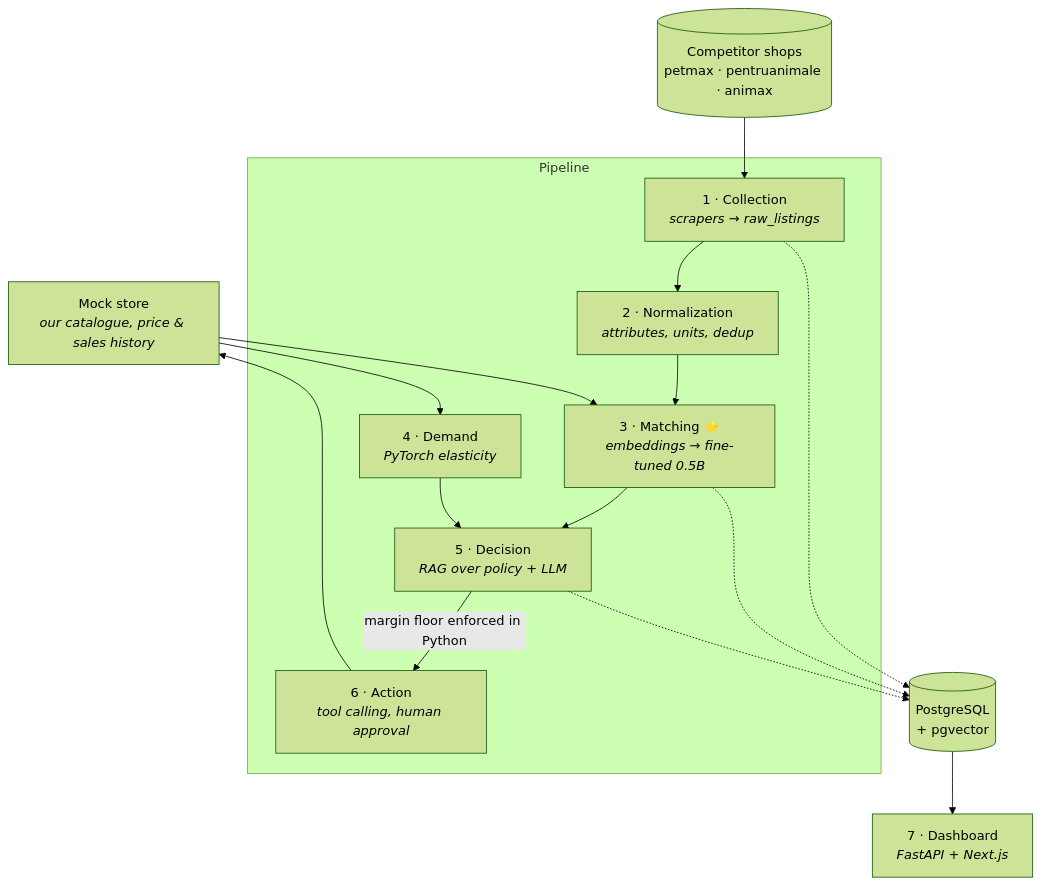
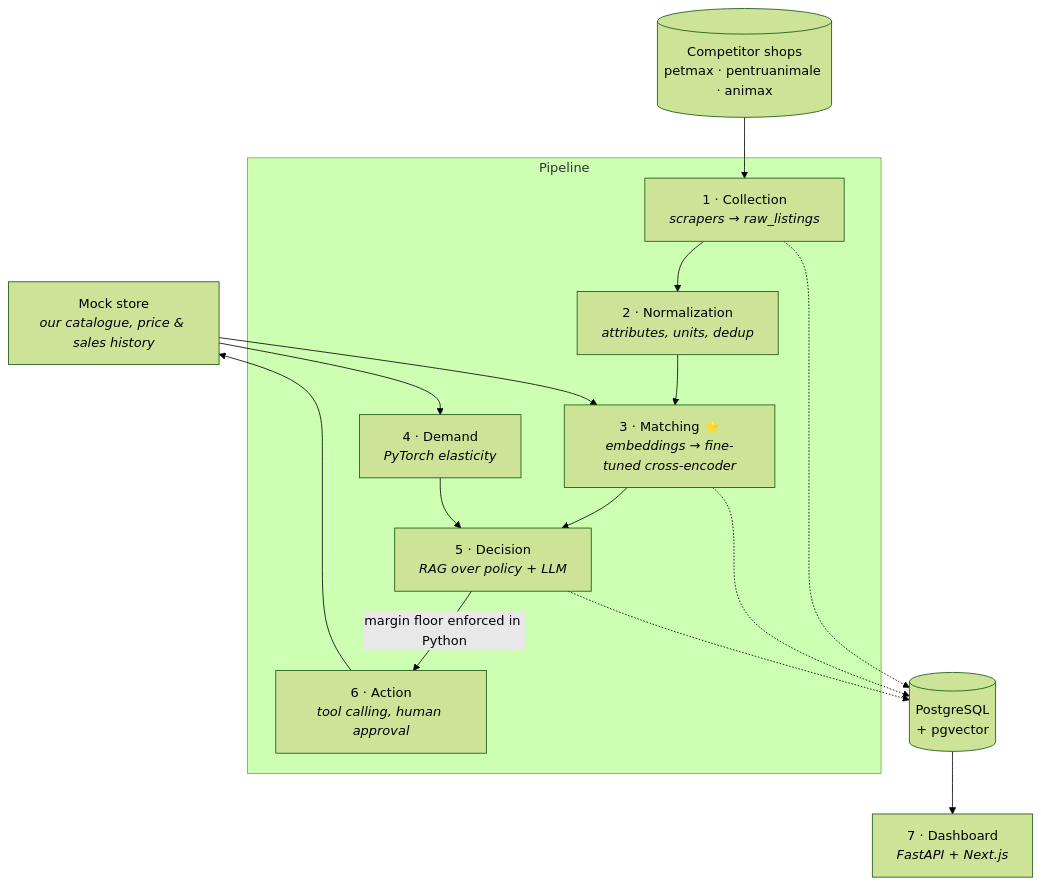
One commit to MareBogdan/pricepilot changed the diagram in README.md. Above: the diagram before and after it, drawn with Mermaid (forest theme). The commit also changed other lines of this file and 3 other files, not shown here.

````diff
--- a/README.md
+++ b/README.md
@@ -22,26 +22,26 @@
 ```mermaid
 flowchart TD
     MS["Mock store<br/><i>our catalogue, price &amp; sales history</i>"]
 
     subgraph Pipeline
         C["1 · Collection<br/><i>scrapers → raw_listings</i>"]
         N["2 · Normalization<br/><i>attributes, units, dedup</i>"]
-        M["3 · Matching ⭐<br/><i>embeddings → fine-tuned 0.5B</i>"]
+        M["3 · Matching ⭐<br/><i>embeddings → fine-tuned cross-encoder</i>"]
         D["4 · Demand<br/><i>PyTorch elasticity</i>"]
         R["5 · Decision<br/><i>RAG over policy + LLM</i>"]
         A["6 · Action<br/><i>tool calling, human approval</i>"]
     end
 
     SHOPS[("Competitor shops<br/>petmax · pentruanimale · animax")]
     DB[("PostgreSQL<br/>+ pgvector")]
     UI["7 · Dashboard<br/><i>FastAPI + Next.js</i>"]
 
     SHOPS --> C --> N --> M --> R
     MS --> M
     MS --> D --> R
     R -->|"margin floor enforced in Python"| A --> MS
     C -.-> DB
     M -.-> DB
     R -.-> DB
     DB --> UI
 ```
````
